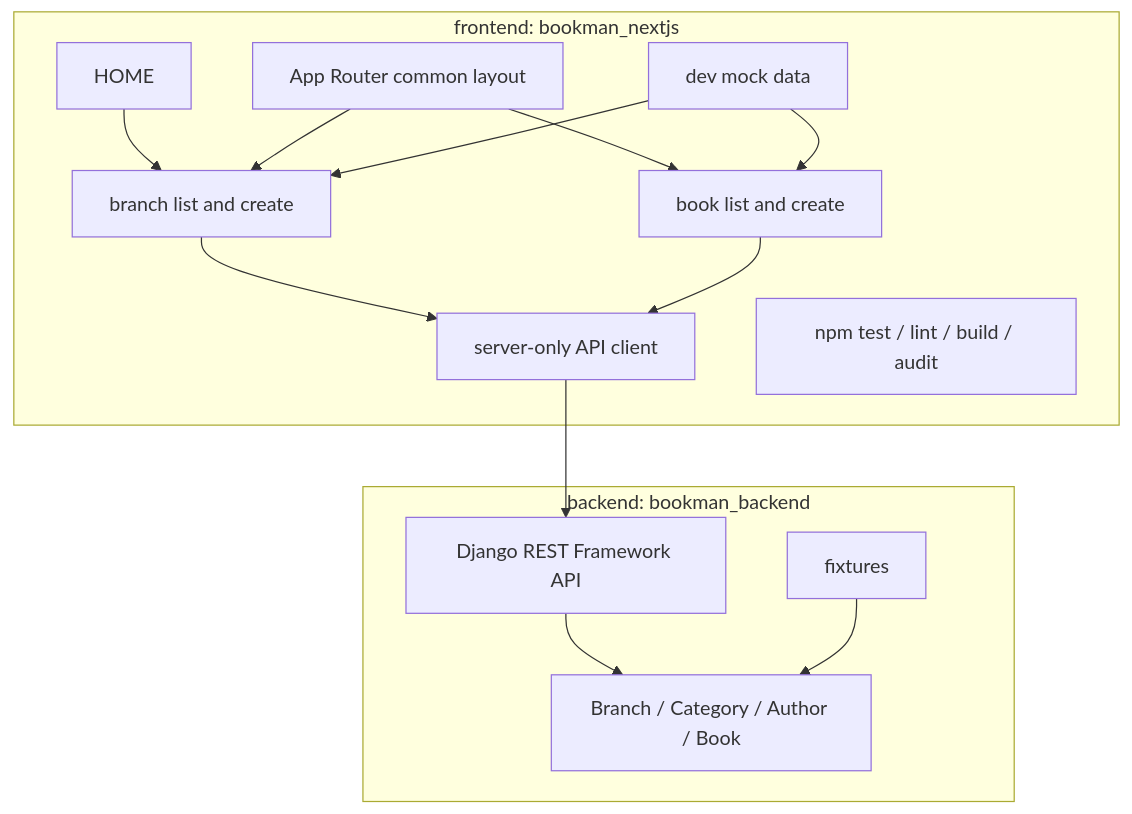
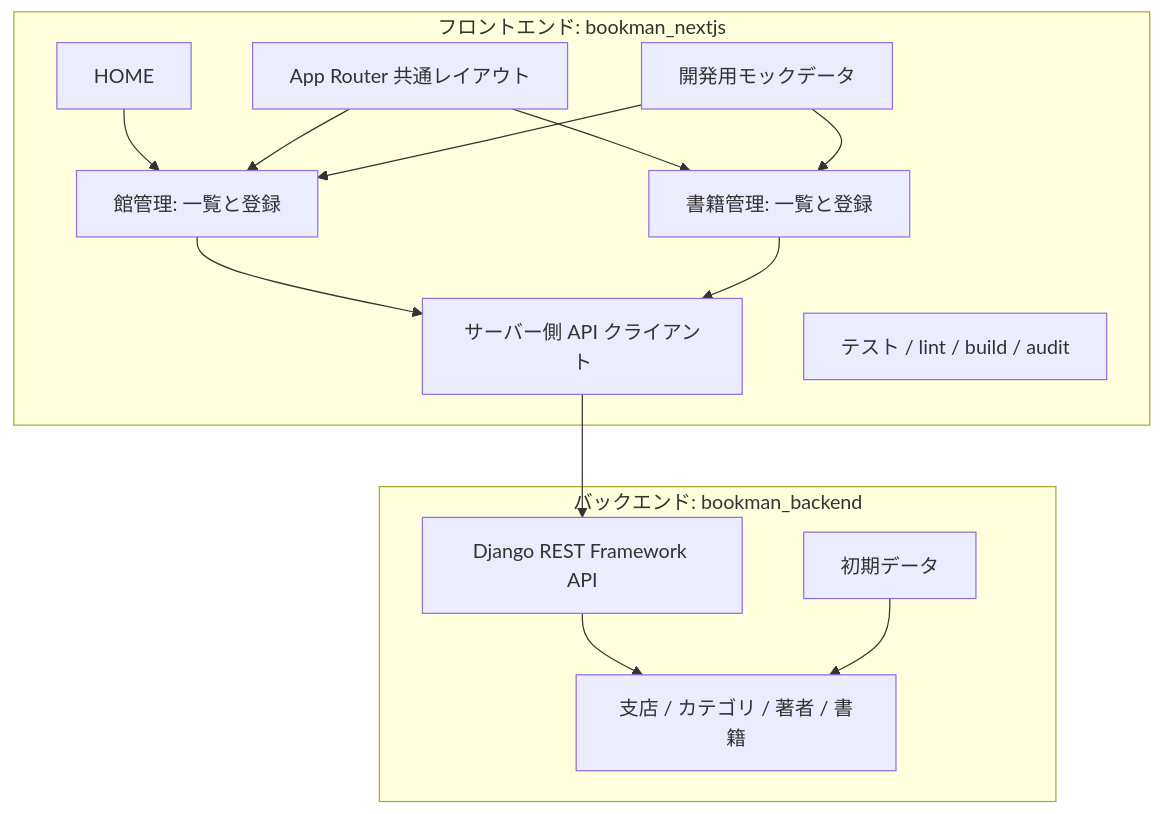
Before and after one commit to duri0214/portfolio: the diagram in docs/qiita/bookman_drf_nextjs.md, drawn with Mermaid.

Commit message:
872 Localize article overview diagram

````diff
--- a/docs/qiita/bookman_drf_nextjs.md
+++ b/docs/qiita/bookman_drf_nextjs.md
@@ -38,29 +38,29 @@
 ```mermaid
 graph TB
-  subgraph frontend[frontend: bookman_nextjs]
+  subgraph frontend[フロントエンド: bookman_nextjs]
     home[HOME]
-    layout[App Router common layout]
-    branch[branch list and create]
-    book[book list and create]
-    apiClient[server-only API client]
-    mock[dev mock data]
-    tests[npm test / lint / build / audit]
+    layout[App Router 共通レイアウト]
+    branch[館管理: 一覧と登録]
+    book[書籍管理: 一覧と登録]
+    apiClient[サーバー側 API クライアント]
+    mock[開発用モックデータ]
+    tests[テスト / lint / build / audit]
   end
 
-  subgraph backend[backend: bookman_backend]
+  subgraph backend[バックエンド: bookman_backend]
     drf[Django REST Framework API]
-    models[Branch / Category / Author / Book]
-    fixtures[fixtures]
+    models[支店 / カテゴリ / 著者 / 書籍]
+    fixtures[初期データ]
   end
 
   home --> branch
   layout --> branch
   layout --> book
   branch --> apiClient
   book --> apiClient
   apiClient --> drf
   mock --> branch
   mock --> book
   drf --> models
   fixtures --> models
 ```
````
